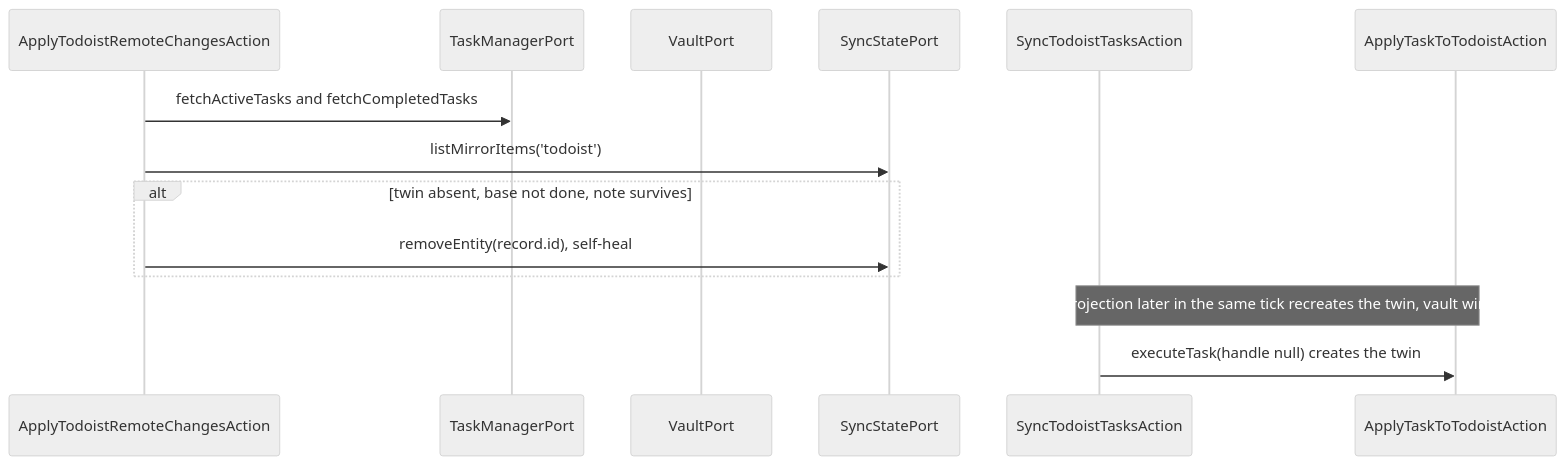
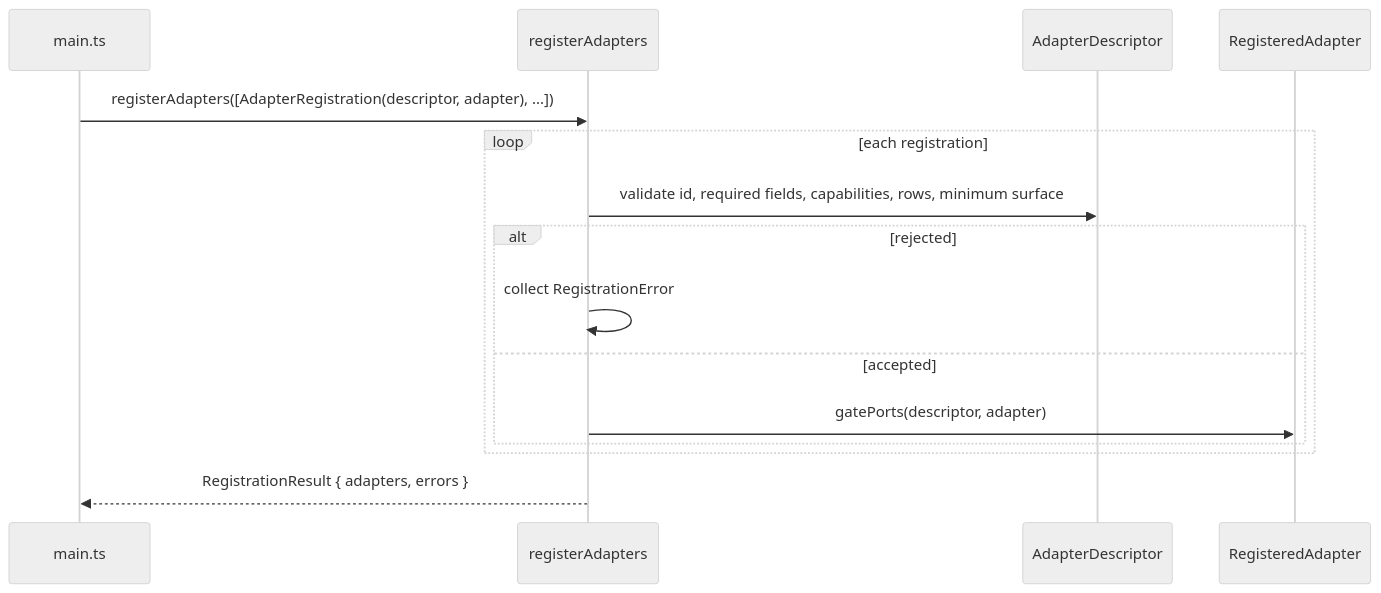
One commit to 99linesofcode/obsidian-project-management changed diagram 13 of 18 in docs/developer-manual.md. Above: the diagram before and after it, drawn with Mermaid (neutral theme). The commit also changed other lines of this file and 1 other file, not shown here.

First line of the commit message:
docs: rewrite the manual and architecture for the multi-adapter core

````diff
--- a/docs/developer-manual.md
+++ b/docs/developer-manual.md
@@ -648,17 +654,18 @@
 ```mermaid
 sequenceDiagram
-  participant RC as ApplyTodoistRemoteChangesAction
-  participant TM as TaskManagerPort
-  participant V as VaultPort
-  participant SS as SyncStatePort
-  participant TD as SyncTodoistTasksAction
-  participant W as ApplyTaskToTodoistAction
+  participant M as main.ts
+  participant RA as registerAdapters
+  participant D as AdapterDescriptor
+  participant R as RegisteredAdapter
 
-  RC->>TM: fetchActiveTasks and fetchCompletedTasks
-  RC->>SS: listMirrorItems('todoist')
-  alt twin absent, base not done, note survives
-    RC->>SS: removeEntity(record.id), self-heal
+  M->>RA: registerAdapters([AdapterRegistration(descriptor, adapter), ...])
+  loop each registration
+    RA->>D: validate id, required fields, capabilities, rows, minimum surface
+    alt rejected
+      RA->>RA: collect RegistrationError
+    else accepted
+      RA->>R: gatePorts(descriptor, adapter)
+    end
   end
-  Note over TD,W: projection later in the same tick recreates the twin, vault wins
-  TD->>W: executeTask(handle null) creates the twin
+  RA-->>M: RegistrationResult { adapters, errors }
 ```
````
